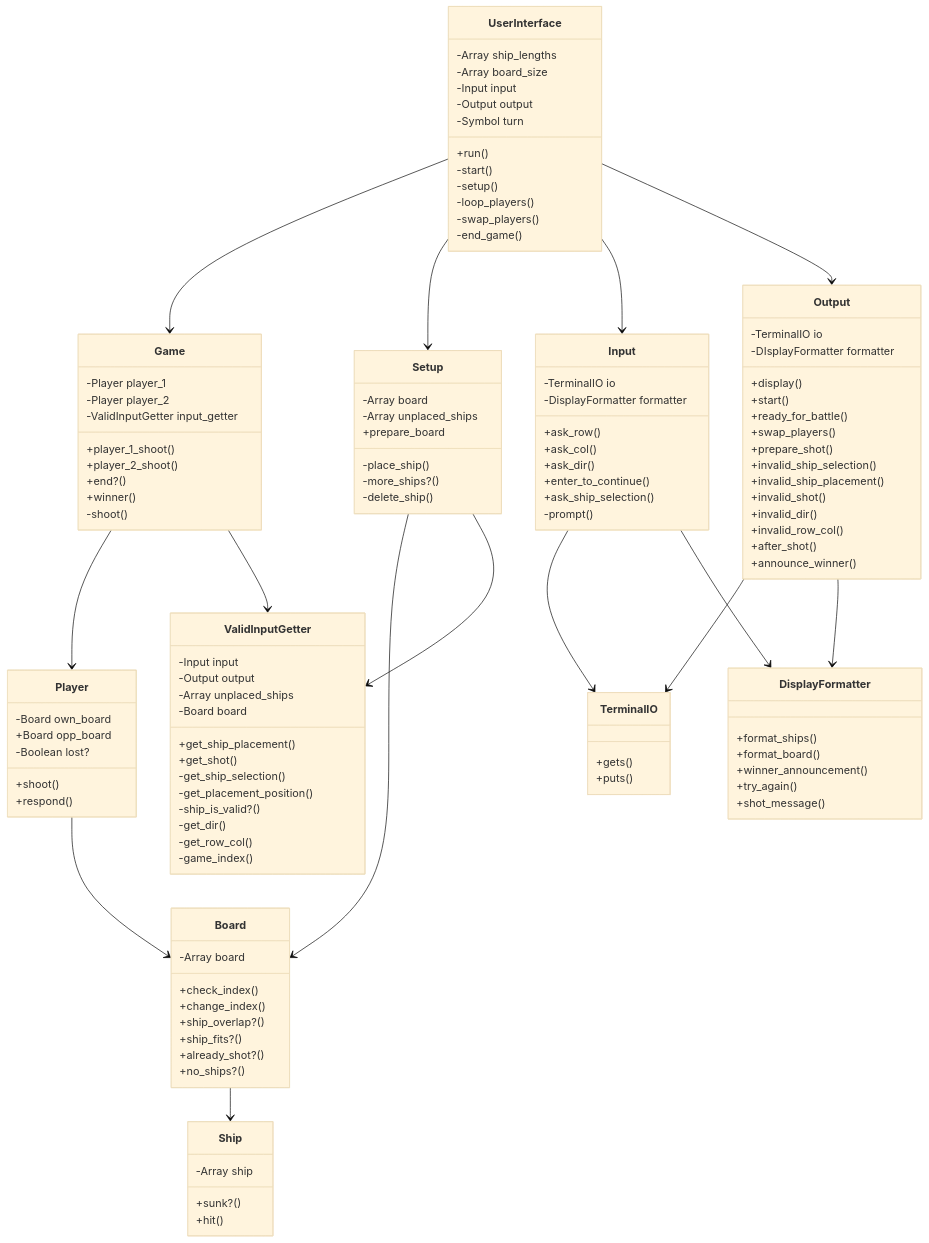
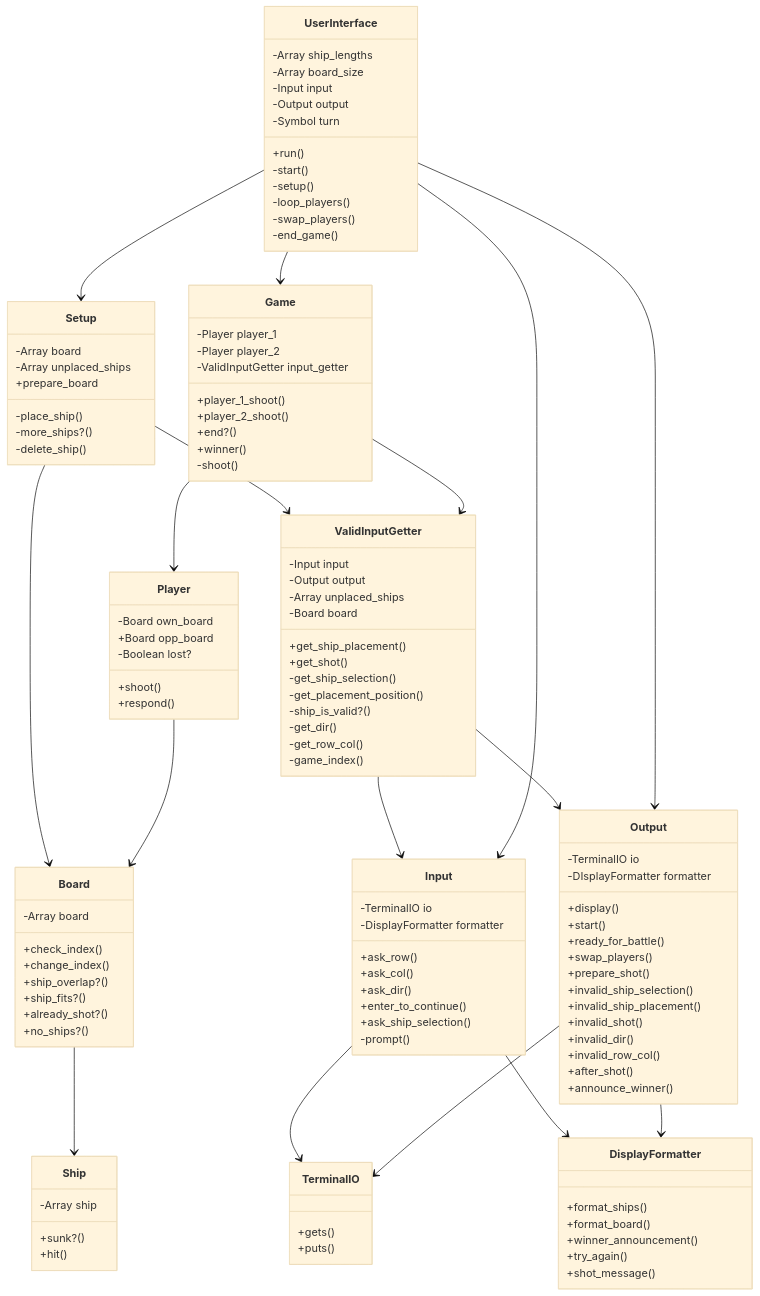
One commit to ritaaktay/battleships changed the diagram in README.md. Above: the diagram before and after it, drawn with Mermaid (base theme).

Commit message:
updated class dependency on diagram

```diff
--- a/README.md
+++ b/README.md
@@ -6,6 +6,8 @@
    Player --> Board
    Game --> Player
    Game --> ValidInputGetter
+   ValidInputGetter --> Input
+   ValidInputGetter --> Output
    UserInterface --> Game
    User Interface --> Setup
    UserInterface --> Input
```
